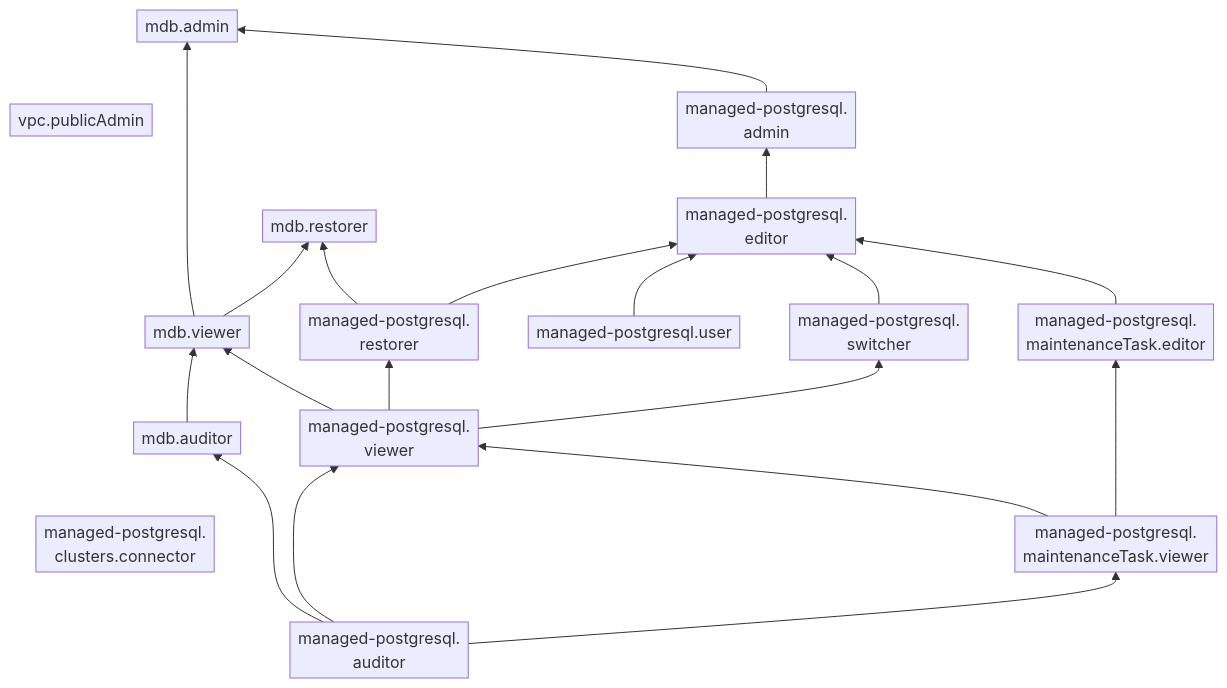
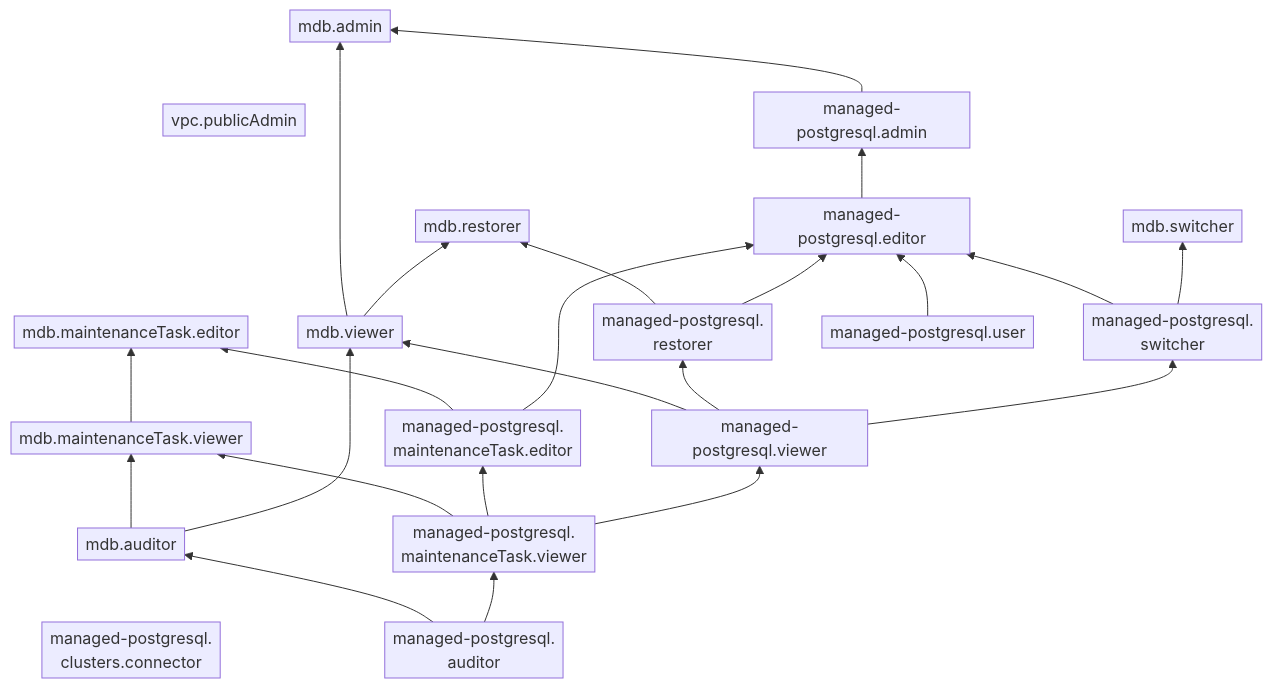
Before and after one commit to yandex-cloud/docs: the diagram in ru/_mermaid/roles/managed-postgresql.md, drawn with Mermaid. The commit also changed 235 other files, not shown here.

````diff
--- a/ru/_mermaid/roles/managed-postgresql.md
+++ b/ru/_mermaid/roles/managed-postgresql.md
@@ -1,33 +1,34 @@
 ```mermaid
 %%{init: { "flowchart": { "padding": 4 } } }%%
 flowchart BT
     managed-postgresql.clusters.connector["`managed-postgresql.
     clusters.connector`"] ~~~ mdb.auditor
     vpc.publicAdmin ~~~ mdb.admin
-    mdb.viewer --> mdb.admin
-    mdb.auditor --> mdb.viewer
-    mdb.viewer --> mdb.restorer
     managed-postgresql.auditor["`managed-postgresql.
     auditor`"] --> mdb.auditor
-    managed-postgresql.viewer["`managed-postgresql.
-    viewer`"] --> mdb.viewer
-    managed-postgresql.restorer["`managed-postgresql.
-    restorer`"] --> mdb.restorer
-    managed-postgresql.admin["`managed-postgresql.
-    admin`"] --> mdb.admin
-    managed-postgresql.editor["`managed-postgresql.
-    editor`"] --> managed-postgresql.admin
-    managed-postgresql.viewer --> managed-postgresql.restorer
-    managed-postgresql.auditor --> managed-postgresql.viewer
+    mdb.auditor --> mdb.maintenanceTask.viewer
+    mdb.auditor --> mdb.viewer
+    mdb.viewer --> mdb.admin
+    managed-postgresql.restorer --> mdb.restorer
+    mdb.viewer --> mdb.restorer
+    managed-postgresql.viewer --> mdb.viewer
+    managed-postgresql.viewer --> managed-postgresql.restorer["`managed-postgresql.
+    restorer`"]
+    managed-postgresql.maintenanceTask.viewer --> mdb.maintenanceTask.viewer
+    managed-postgresql.maintenanceTask.viewer --> managed-postgresql.maintenanceTask.editor["`managed-postgresql.
+    maintenanceTask.editor`"]
+    mdb.maintenanceTask.viewer --> mdb.maintenanceTask.editor
+    managed-postgresql.maintenanceTask.editor --> mdb.maintenanceTask.editor
+    managed-postgresql.switcher --> managed-postgresql.editor
     managed-postgresql.restorer --> managed-postgresql.editor
+    managed-postgresql.maintenanceTask.editor --> managed-postgresql.editor
+    managed-postgresql.auditor --> managed-postgresql.maintenanceTask.viewer["`managed-postgresql.
+    maintenanceTask.viewer`"]
     managed-postgresql.user --> managed-postgresql.editor
-    managed-postgresql.switcher --> managed-postgresql.editor
+    managed-postgresql.editor --> managed-postgresql.admin
+    managed-postgresql.admin --> mdb.admin
+    managed-postgresql.switcher --> mdb.switcher
     managed-postgresql.viewer --> managed-postgresql.switcher["`managed-postgresql.
     switcher`"]
-    managed-postgresql.maintenanceTask.editor --> managed-postgresql.editor
     managed-postgresql.maintenanceTask.viewer --> managed-postgresql.viewer
-    managed-postgresql.maintenanceTask.viewer --> managed-postgresql.maintenanceTask.editor["`managed-postgresql.
-    maintenanceTask.editor`"]
-    managed-postgresql.auditor --> managed-postgresql.maintenanceTask.viewer["`managed-postgresql.
-    maintenanceTask.viewer`"]
 ```
````
